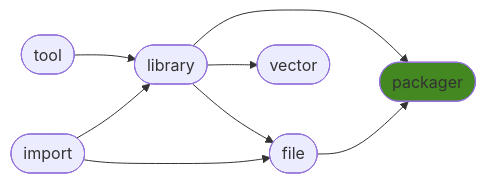
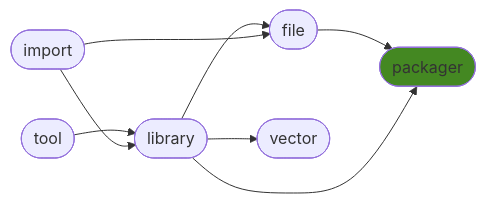
One commit to ManderaGeneral/generalpackager changed the diagram in README.md. Above: the diagram before and after it, drawn with Mermaid. The commit also changed other lines of this file, not shown here.

````diff
--- a/README.md
+++ b/README.md
@@ -24,17 +24,17 @@
 ```mermaid
 flowchart LR
-2([library]) --> 4([vector])
+3([file]) --> 5([packager])
+2([library]) --> 3([file])
 1([tool]) --> 2([library])
 2([library]) --> 5([packager])
+2([library]) --> 4([vector])
 0([import]) --> 2([library])
-3([file]) --> 5([packager])
-2([library]) --> 3([file])
 0([import]) --> 3([file])
 click 0 "https://github.com/ManderaGeneral/generalimport"
 click 1 "https://github.com/ManderaGeneral/generaltool"
 click 2 "https://github.com/ManderaGeneral/generallibrary"
 click 3 "https://github.com/ManderaGeneral/generalfile"
 click 4 "https://github.com/ManderaGeneral/generalvector"
 click 5 "https://github.com/ManderaGeneral/generalpackager"
 style 5 fill:#482
 ```
````
